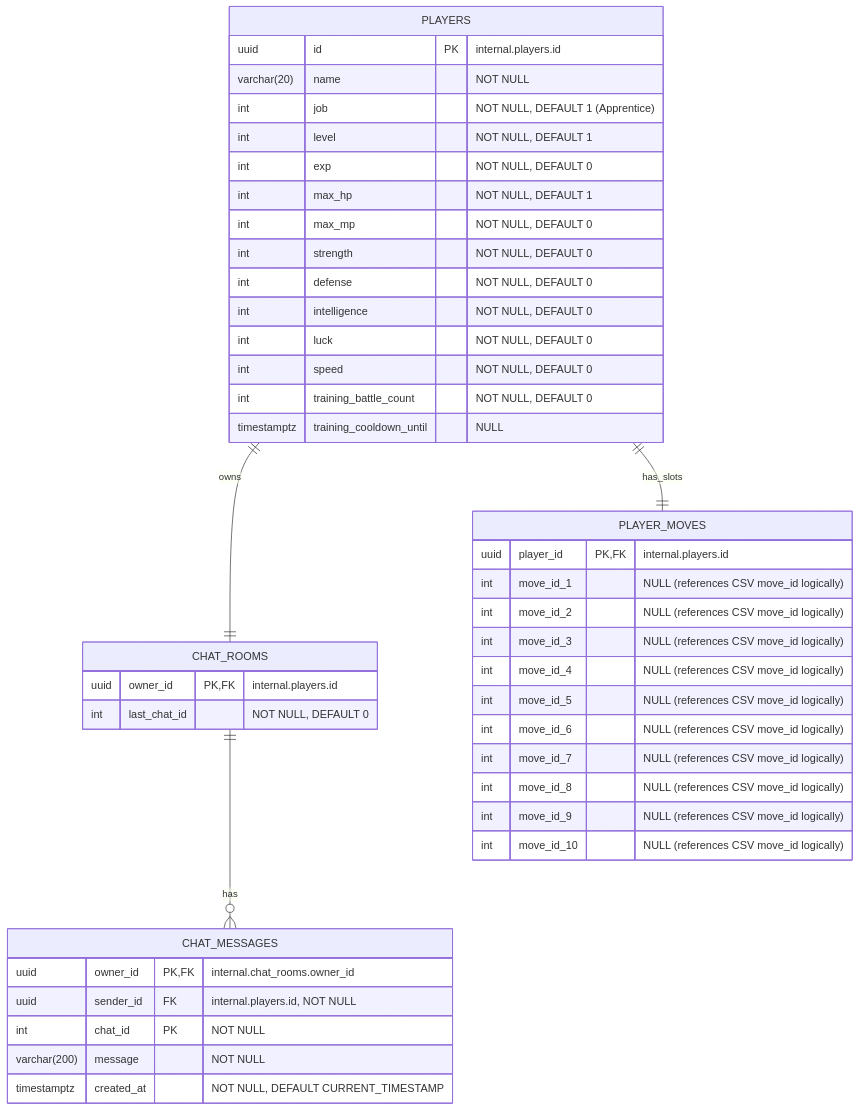
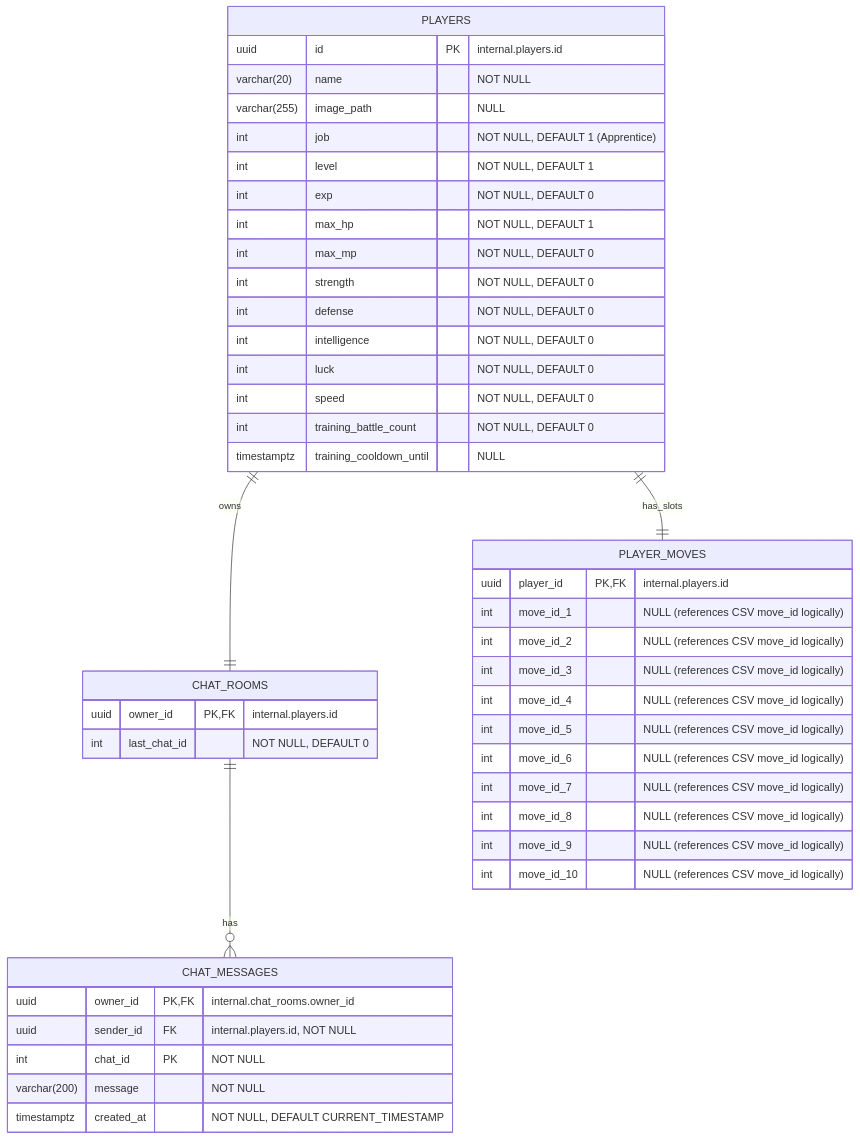
Before and after one commit to ayumu203/nisekue: the diagram in docs/MMD11_ER図.mmd, drawn with Mermaid. The commit also changed 5 other files, not shown here.

```diff
--- a/docs/MMD11_ER図.mmd
+++ b/docs/MMD11_ER図.mmd
@@ -1,45 +1,46 @@
 erDiagram
     PLAYERS {
         uuid id PK "internal.players.id"
         varchar(20) name "NOT NULL"
+        varchar(255) image_path "NULL"
         int job "NOT NULL, DEFAULT 1 (Apprentice)"
         int level "NOT NULL, DEFAULT 1"
         int exp "NOT NULL, DEFAULT 0"
         int max_hp "NOT NULL, DEFAULT 1"
         int max_mp "NOT NULL, DEFAULT 0"
         int strength "NOT NULL, DEFAULT 0"
         int defense "NOT NULL, DEFAULT 0"
         int intelligence "NOT NULL, DEFAULT 0"
         int luck "NOT NULL, DEFAULT 0"
         int speed "NOT NULL, DEFAULT 0"
         int training_battle_count "NOT NULL, DEFAULT 0"
         timestamptz training_cooldown_until "NULL"
     }
     CHAT_ROOMS {
         uuid owner_id PK, FK "internal.players.id"
         int last_chat_id "NOT NULL, DEFAULT 0"
     }
     CHAT_MESSAGES {
         uuid owner_id PK, FK "internal.chat_rooms.owner_id"
         uuid sender_id FK "internal.players.id, NOT NULL"
         int chat_id PK "NOT NULL"
         varchar(200) message "NOT NULL"
         timestamptz created_at "NOT NULL, DEFAULT CURRENT_TIMESTAMP"
     }
     PLAYER_MOVES {
         uuid player_id PK, FK "internal.players.id"
         int move_id_1 "NULL (references CSV move_id logically)"
         int move_id_2 "NULL (references CSV move_id logically)"
         int move_id_3 "NULL (references CSV move_id logically)"
         int move_id_4 "NULL (references CSV move_id logically)"
         int move_id_5 "NULL (references CSV move_id logically)"
         int move_id_6 "NULL (references CSV move_id logically)"
         int move_id_7 "NULL (references CSV move_id logically)"
         int move_id_8 "NULL (references CSV move_id logically)"
         int move_id_9 "NULL (references CSV move_id logically)"
         int move_id_10 "NULL (references CSV move_id logically)"
     }
 
     PLAYERS ||--|| CHAT_ROOMS : owns
     CHAT_ROOMS ||--o{ CHAT_MESSAGES : has
     PLAYERS ||--|| PLAYER_MOVES : has_slots
```
